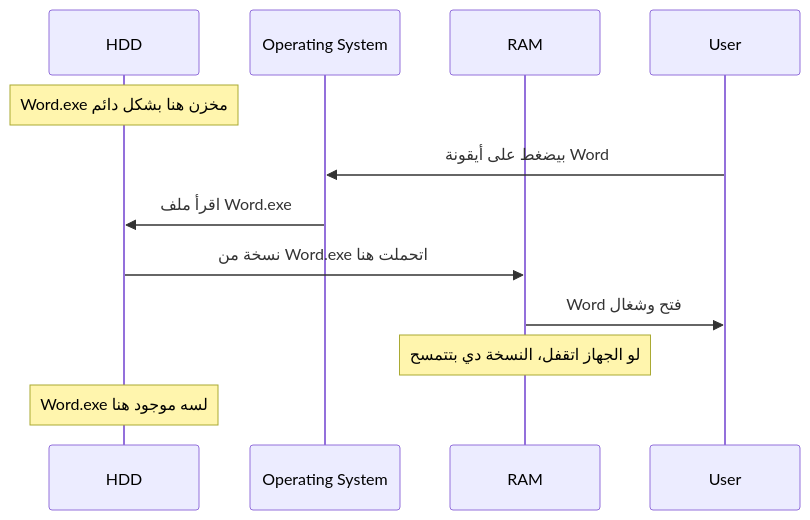
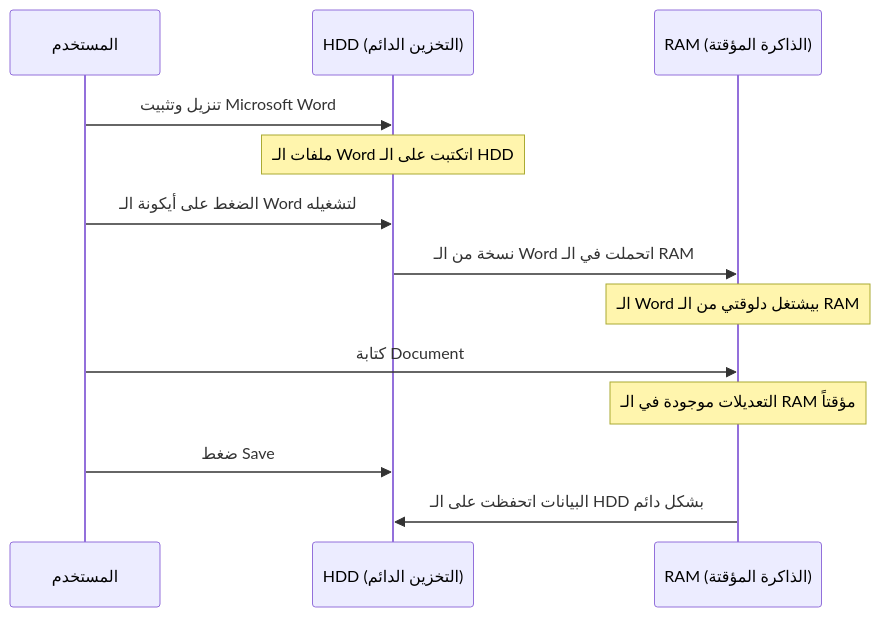
The sixth of 14 diagrams in Operating Systems & Networking Fundamentals.md (ammaryasser28/Introduction-To-Cyber-Security), drawn with Mermaid before and after one commit. The commit also changed other lines of this file, not shown here.

Commit message:
Update Operating Systems & Networking Fundamentals.md

````diff
--- a/Operating Systems & Networking Fundamentals.md
+++ b/Operating Systems & Networking Fundamentals.md
@@ -242,15 +205,19 @@
 ```mermaid
 sequenceDiagram
-    participant HDD as HDD
-    participant OS as Operating System
-    participant RAM as RAM
-    participant USER as User
+    participant User as المستخدم
+    participant HDD as HDD (التخزين الدائم)
+    participant RAM as RAM (الذاكرة المؤقتة)
 
-    Note over HDD: Word.exe مخزن هنا بشكل دائم
-    USER->>OS: بيضغط على أيقونة Word
-    OS->>HDD: اقرأ ملف Word.exe
-    HDD->>RAM: نسخة من Word.exe اتحملت هنا
-    RAM->>USER: Word فتح وشغال
-    Note over RAM: لو الجهاز اتقفل، النسخة دي بتتمسح
-    Note over HDD: Word.exe لسه موجود هنا
+    User->>HDD: تنزيل وتثبيت Microsoft Word
+    Note over HDD: ملفات الـ Word اتكتبت على الـ HDD
+
+    User->>HDD: الضغط على أيكونة الـ Word لتشغيله
+    HDD->>RAM: نسخة من الـ Word اتحملت في الـ RAM
+    Note over RAM: الـ Word بيشتغل دلوقتي من الـ RAM
+
+    User->>RAM: كتابة Document
+    Note over RAM: التعديلات موجودة في الـ RAM مؤقتاً
+
+    User->>HDD: ضغط Save
+    RAM->>HDD: البيانات اتحفظت على الـ HDD بشكل دائم
 ```
````
